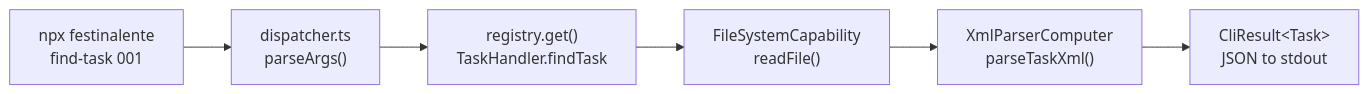
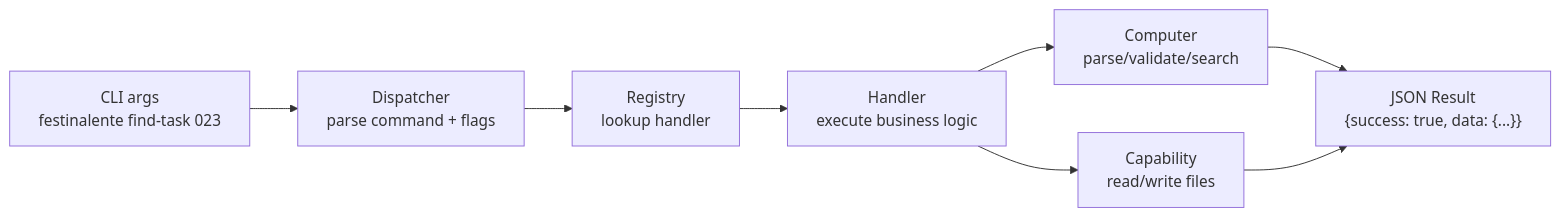
Before and after one commit to mattfletcher94/festinalente: the second of 2 diagrams in .festinalente/engineering/systems/cli/_index.md, drawn with Mermaid. The commit also changed other lines of this file and 17 other files, not shown here.

````diff
--- a/.festinalente/engineering/systems/cli/_index.md
+++ b/.festinalente/engineering/systems/cli/_index.md
@@ -120,8 +114,10 @@
 ```mermaid
 flowchart LR
-    A["npx festinalente<br/>find-task 001"] --> B["dispatcher.ts<br/>parseArgs()"]
-    B --> C["registry.get()<br/>TaskHandler.findTask"]
-    C --> D["FileSystemCapability<br/>readFile()"]
-    D --> E["XmlParserComputer<br/>parseTaskXml()"]
-    E --> F["CliResult&lt;Task&gt;<br/>JSON to stdout"]
+    A["CLI args<br/>festinalente find-task 023"] --> B["Dispatcher<br/>parse command + flags"]
+    B --> C["Registry<br/>lookup handler"]
+    C --> D["Handler<br/>execute business logic"]
+    D --> E["Computer<br/>parse/validate/search"]
+    D --> F["Capability<br/>read/write files"]
+    E --> G["JSON Result<br/>{success: true, data: {...}}"]
+    F --> G
 ```
````
